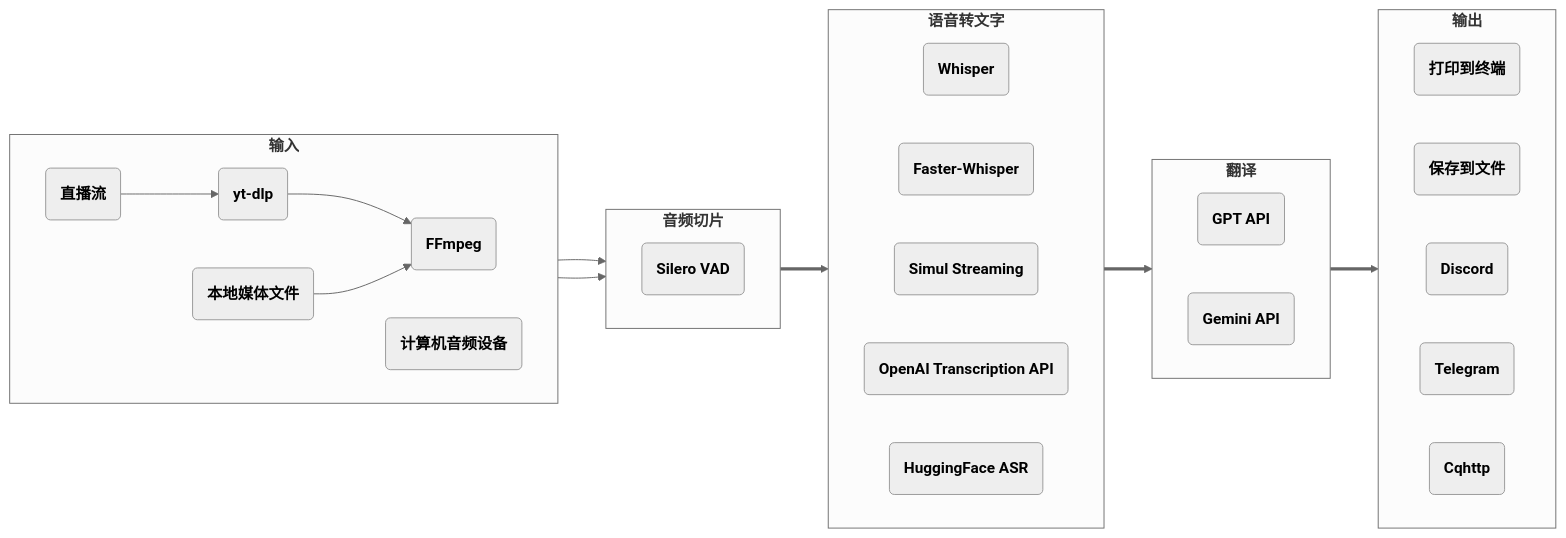
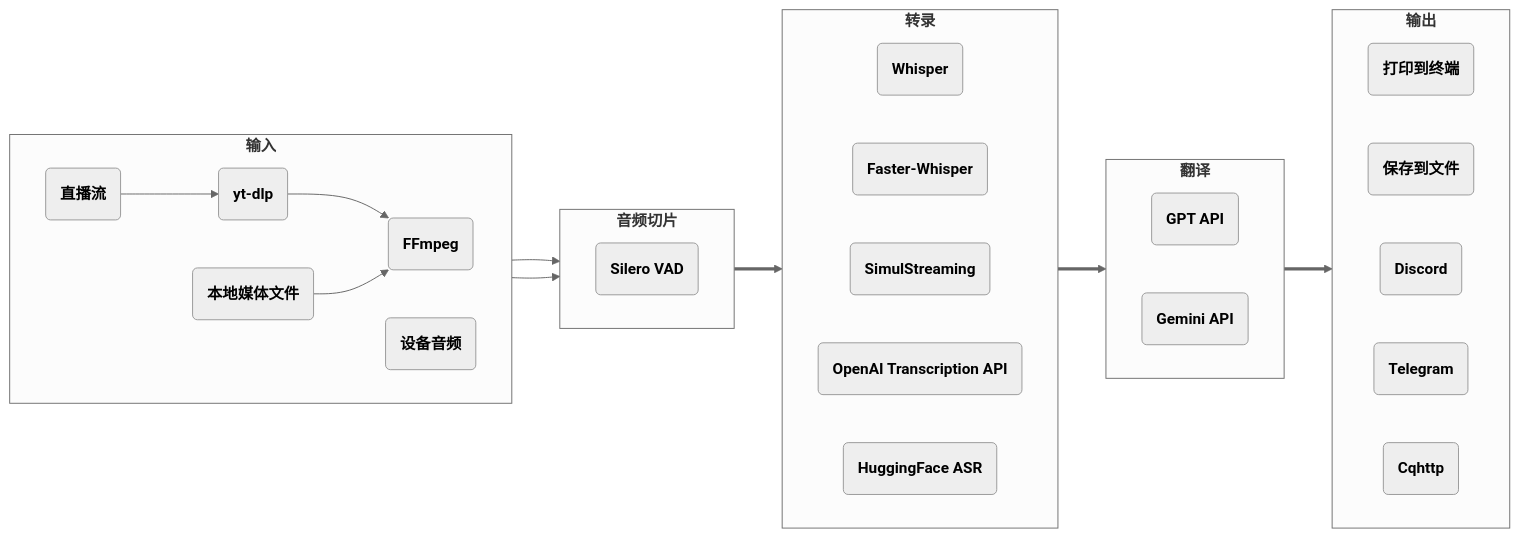
One commit to ionic-bond/stream-translator-gpt changed the diagram in README_CN.md. Above: the diagram before and after it, drawn with Mermaid (neutral theme). The commit also changed other lines of this file and 6 other files, not shown here.

`````diff
--- a/README_CN.md
+++ b/README_CN.md
@@ -19,44 +25,44 @@
 ```mermaid
 flowchart LR
     subgraph ga["`**输入**`"]
         direction LR
         aa("`**FFmpeg**`")
-        ab("`**计算机音频设备**`")
+        ab("`**设备音频**`")
         ac("`**yt-dlp**`")
         ad("`**本地媒体文件**`")
         ae("`**直播流**`")
         ac --> aa
         ad --> aa
         ae --> ac
     end
     subgraph gb["`**音频切片**`"]
         direction LR
         ba("`**Silero VAD**`")
     end
-    subgraph gc["`**语音转文字**`"]
+    subgraph gc["`**转录**`"]
         direction LR
         ca("`**Whisper**`")
         cb("`**Faster-Whisper**`")
-        cc("`**Simul Streaming**`")
+        cc("`**SimulStreaming**`")
         cd("`**OpenAI Transcription API**`")
         ce("`**HuggingFace ASR**`")
     end
     subgraph gd["`**翻译**`"]
         direction LR
         da("`**GPT API**`")
         db("`**Gemini API**`")
     end
     subgraph ge["`**输出**`"]
         direction LR
         ea("`**打印到终端**`")
         ee("`**保存到文件**`")
         ec("`**Discord**`")
         ed("`**Telegram**`")
         eb("`**Cqhttp**`")
     end
     aa --> gb
     ab --> gb
     gb ==> gc
     gc ==> gd
     gd ==> ge
-````
+```
`````
